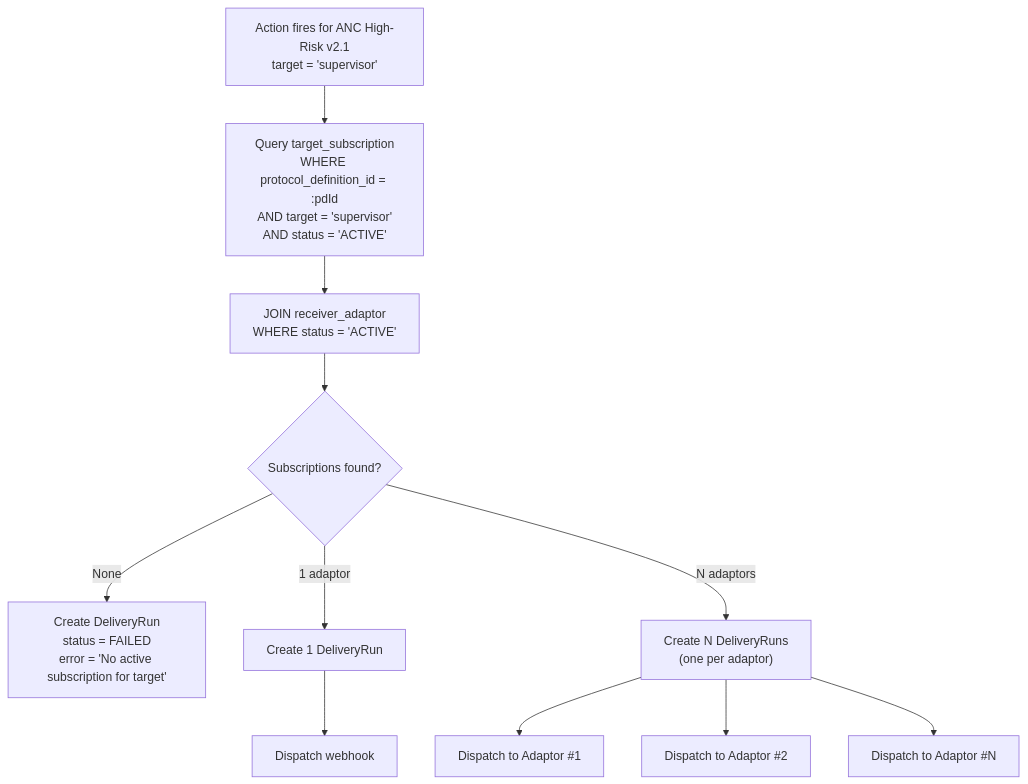
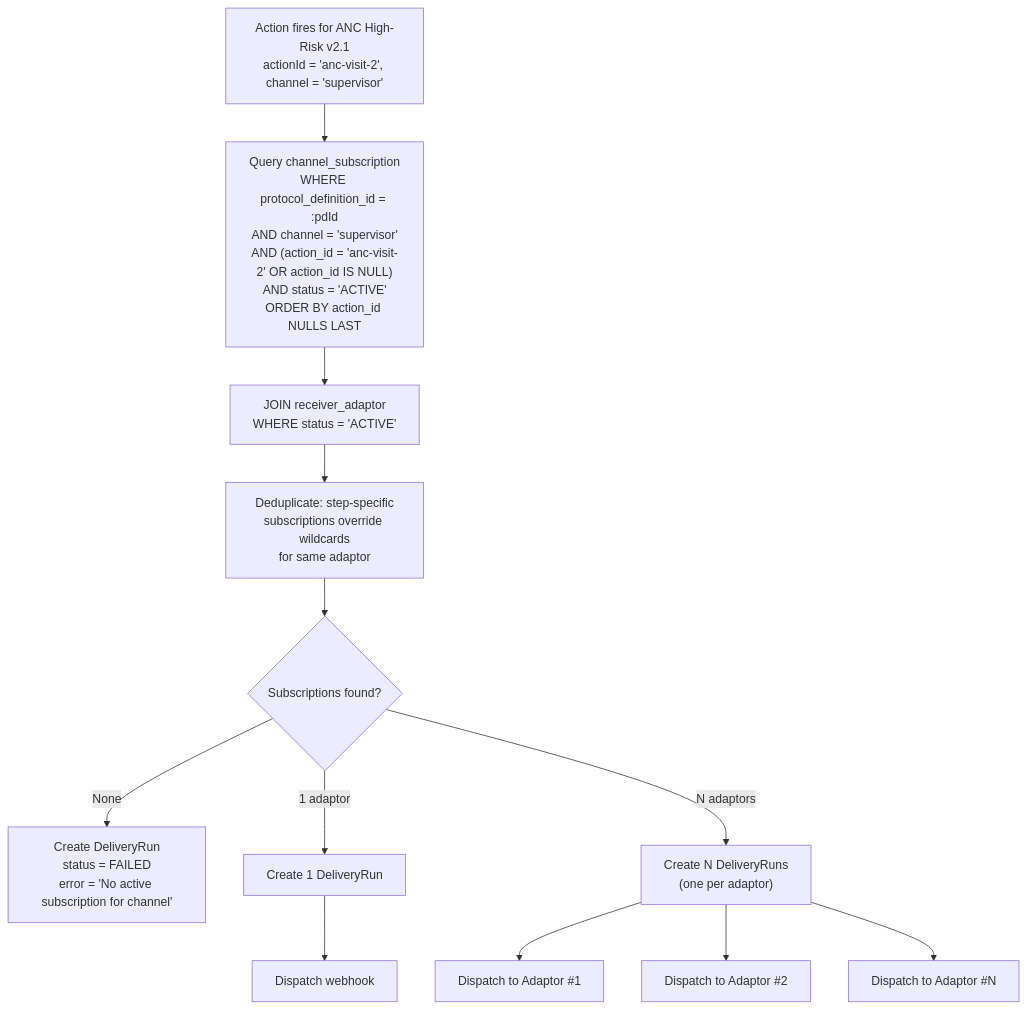
The third of 13 diagrams in docs/flow-diagrams.md (Jayaprakash8887/cce-intelligence-service), drawn with Mermaid before and after one commit. The commit also changed other lines of this file and 6 other files, not shown here.

Commit message:
documentation update with channel instead of target and FHIR rep of receiver adaptors

````diff
--- a/docs/flow-diagrams.md
+++ b/docs/flow-diagrams.md
@@ -121,15 +115,16 @@
 ```mermaid
 flowchart TD
-    ACTION["Action fires for ANC High-Risk v2.1<br/>target = 'supervisor'"] --> QUERY["Query target_subscription<br/>WHERE protocol_definition_id = :pdId<br/>AND target = 'supervisor'<br/>AND status = 'ACTIVE'"]
+    ACTION["Action fires for ANC High-Risk v2.1<br/>actionId = 'anc-visit-2', channel = 'supervisor'"] --> QUERY["Query channel_subscription<br/>WHERE protocol_definition_id = :pdId<br/>AND channel = 'supervisor'<br/>AND (action_id = 'anc-visit-2' OR action_id IS NULL)<br/>AND status = 'ACTIVE'<br/>ORDER BY action_id NULLS LAST"]
     QUERY --> JOIN["JOIN receiver_adaptor<br/>WHERE status = 'ACTIVE'"]
-    JOIN --> RESULT{Subscriptions found?}
+    JOIN --> DEDUP["Deduplicate: step-specific<br/>subscriptions override wildcards<br/>for same adaptor"]
+    DEDUP --> RESULT{Subscriptions found?}
 
-    RESULT -->|None| FAIL["Create DeliveryRun<br/>status = FAILED<br/>error = 'No active subscription for target'"]
+    RESULT -->|None| FAIL["Create DeliveryRun<br/>status = FAILED<br/>error = 'No active subscription for channel'"]
     RESULT -->|1 adaptor| SINGLE["Create 1 DeliveryRun"]
     RESULT -->|N adaptors| FANOUT["Create N DeliveryRuns<br/>(one per adaptor)"]
 
     SINGLE --> DISPATCH["Dispatch webhook"]
     FANOUT --> D1["Dispatch to Adaptor #1"]
     FANOUT --> D2["Dispatch to Adaptor #2"]
     FANOUT --> DN["Dispatch to Adaptor #N"]
 ```
````
